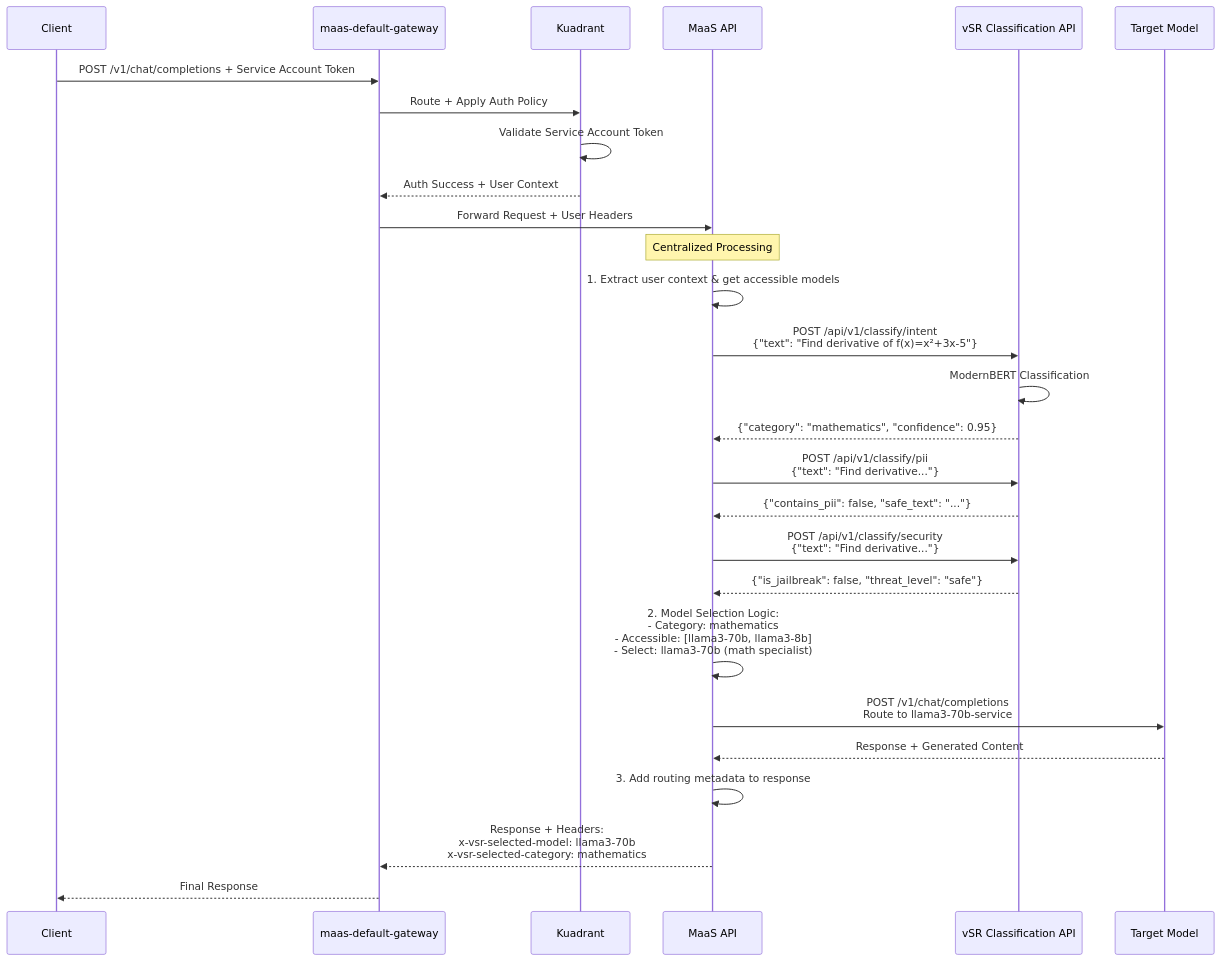
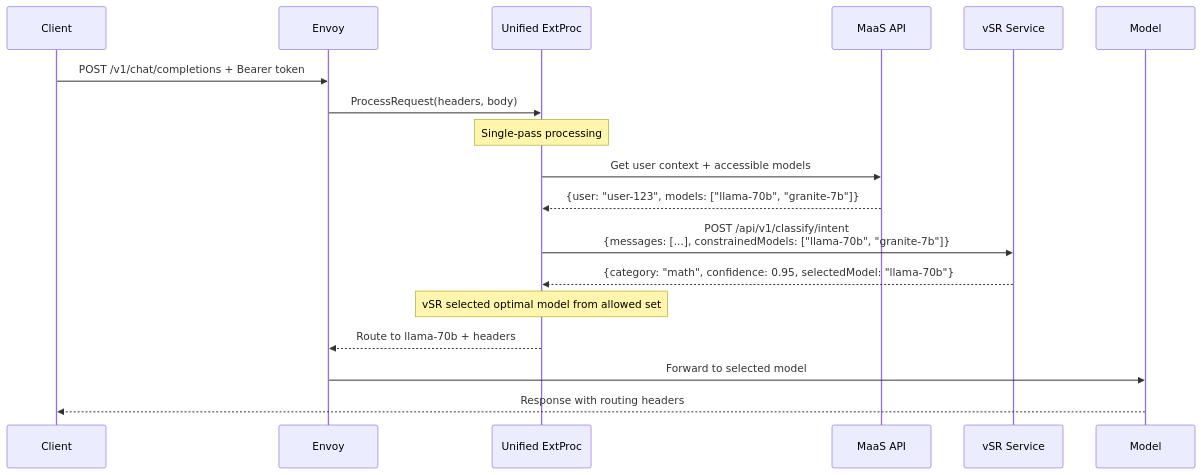
The second of 2 diagrams in docs/designs/vSR-Integration/README.md (noyitz/maas-billing), drawn with Mermaid before and after one commit. The commit also changed other lines of this file, not shown here.

First line of the commit message:
Redesign vSR integration as clean, solution-focused architecture

````diff
--- a/docs/designs/vSR-Integration/README.md
+++ b/docs/designs/vSR-Integration/README.md
@@ -286,36 +51,25 @@
 ```mermaid
 sequenceDiagram
     participant Client
-    participant Gateway as maas-default-gateway
-    participant Kuadrant
-    participant MaaSAPI as MaaS API
-    participant vSR as vSR Classification API
-    participant Model as Target Model
+    participant Envoy
+    participant ExtProc as Unified ExtProc
+    participant MaaS as MaaS API
+    participant vSR as vSR Service
+    participant Model
     
-    Client->>Gateway: POST /v1/chat/completions + Service Account Token
-    Gateway->>Kuadrant: Route + Apply Auth Policy
-    Kuadrant->>Kuadrant: Validate Service Account Token
-    Kuadrant-->>Gateway: Auth Success + User Context
-    Gateway->>MaaSAPI: Forward Request + User Headers
+    Client->>Envoy: POST /v1/chat/completions + Bearer token
+    Envoy->>ExtProc: ProcessRequest(headers, body)
     
-    Note over MaaSAPI: Centralized Processing
-    MaaSAPI->>MaaSAPI: 1. Extract user context & get accessible models
-    MaaSAPI->>vSR: POST /api/v1/classify/intent<br/>{"text": "Find derivative of f(x)=x²+3x-5"}
-    vSR->>vSR: ModernBERT Classification
-    vSR-->>MaaSAPI: {"category": "mathematics", "confidence": 0.95}
+    Note over ExtProc: Single-pass processing
+    ExtProc->>MaaS: Get user context + accessible models
+    MaaS-->>ExtProc: {user: "user-123", models: ["llama-70b", "granite-7b"]}
     
-    MaaSAPI->>vSR: POST /api/v1/classify/pii<br/>{"text": "Find derivative..."}  
-    vSR-->>MaaSAPI: {"contains_pii": false, "safe_text": "..."}
+    ExtProc->>vSR: POST /api/v1/classify/intent<br/>{messages: [...], constrainedModels: ["llama-70b", "granite-7b"]}
+    vSR-->>ExtProc: {category: "math", confidence: 0.95, selectedModel: "llama-70b"}
     
-    MaaSAPI->>vSR: POST /api/v1/classify/security<br/>{"text": "Find derivative..."}
-    vSR-->>MaaSAPI: {"is_jailbreak": false, "threat_level": "safe"}
+    Note over ExtProc: vSR selected optimal model from allowed set
+    ExtProc-->>Envoy: Route to llama-70b + headers
     
-    MaaSAPI->>MaaSAPI: 2. Model Selection Logic:<br/>- Category: mathematics<br/>- Accessible: [llama3-70b, llama3-8b]<br/>- Select: llama3-70b (math specialist)
-    
-    MaaSAPI->>Model: POST /v1/chat/completions<br/>Route to llama3-70b-service
-    Model-->>MaaSAPI: Response + Generated Content
-    
-    MaaSAPI->>MaaSAPI: 3. Add routing metadata to response
-    MaaSAPI-->>Gateway: Response + Headers:<br/>x-vsr-selected-model: llama3-70b<br/>x-vsr-selected-category: mathematics
-    Gateway-->>Client: Final Response
+    Envoy->>Model: Forward to selected model
+    Model-->>Client: Response with routing headers
 ```
````
